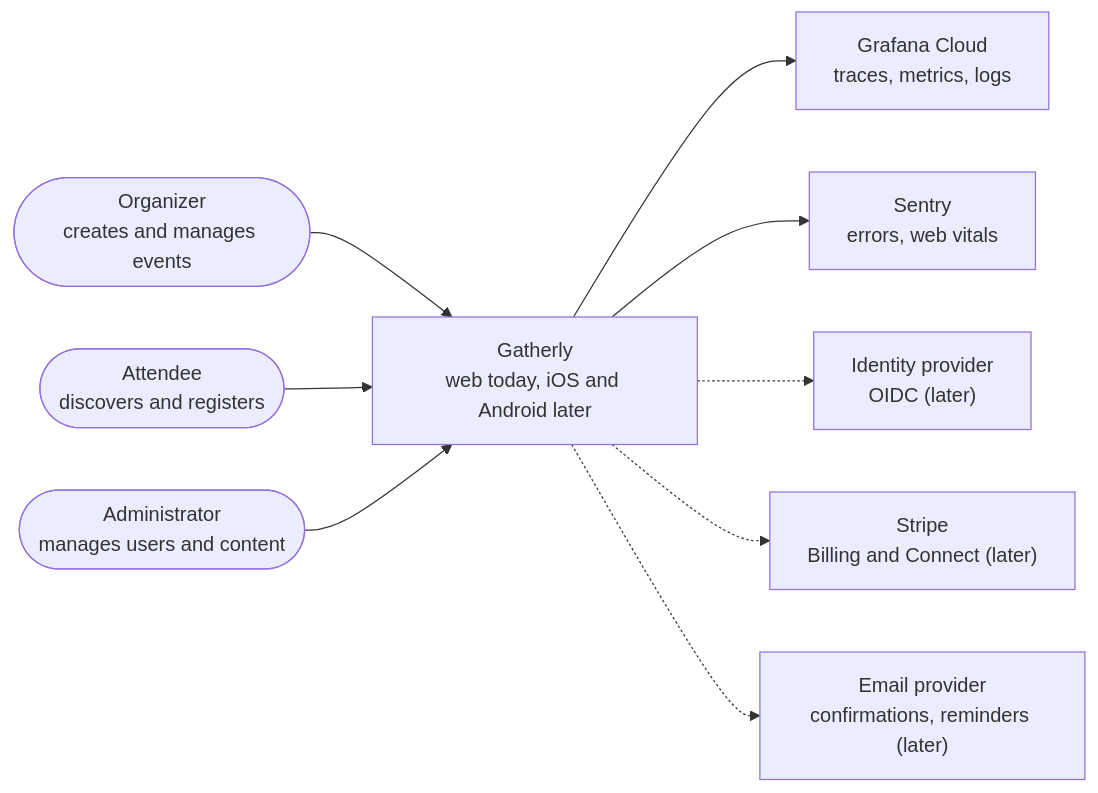
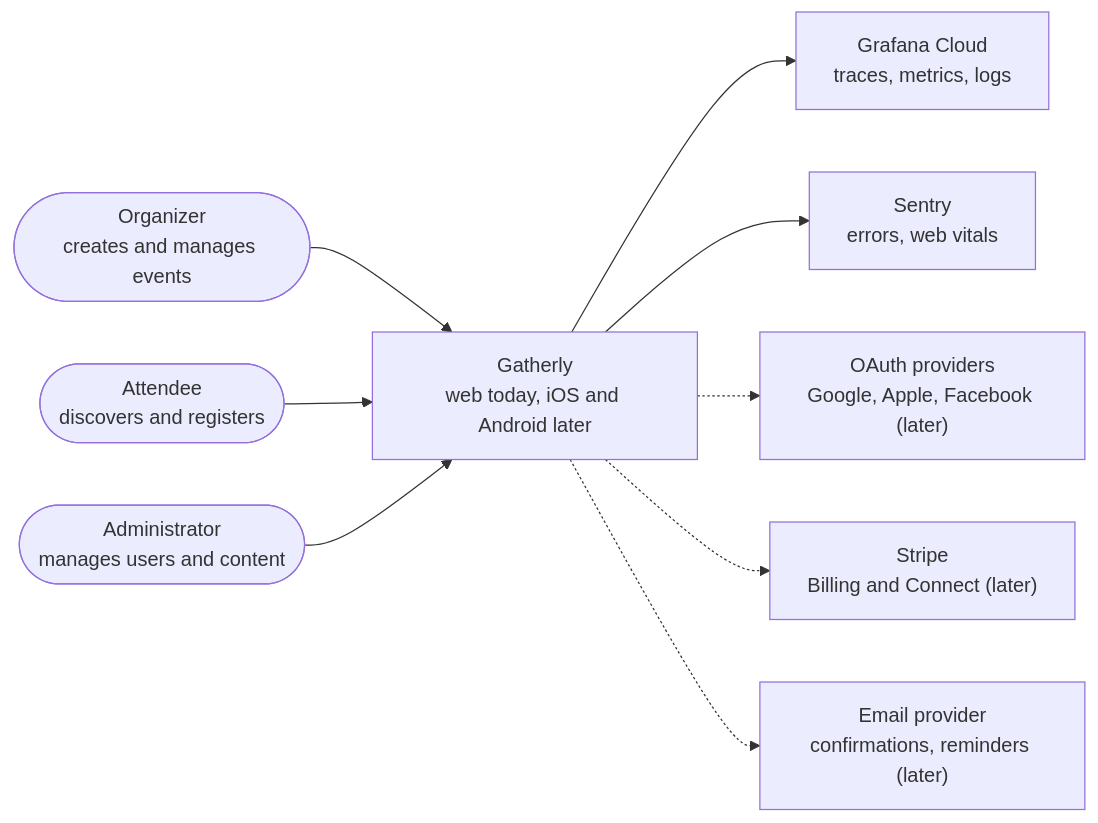
The first of 7 diagrams in docs/architecture.md (khanovico/gatherly), drawn with Mermaid before and after one commit. The commit also changed other lines of this file and 7 other files, not shown here.

````diff
--- a/docs/architecture.md
+++ b/docs/architecture.md
@@ -23,23 +25,23 @@
 ```mermaid
 flowchart LR
   organizer(["Organizer<br/>creates and manages events"])
   attendee(["Attendee<br/>discovers and registers"])
   admin(["Administrator<br/>manages users and content"])
 
   gatherly["Gatherly<br/>web today, iOS and Android later"]
 
   grafana["Grafana Cloud<br/>traces, metrics, logs"]
   sentry["Sentry<br/>errors, web vitals"]
-  idp["Identity provider<br/>OIDC (later)"]
+  idp["OAuth providers<br/>Google, Apple, Facebook (later)"]
   stripe["Stripe<br/>Billing and Connect (later)"]
   email["Email provider<br/>confirmations, reminders (later)"]
 
   organizer --> gatherly
   attendee --> gatherly
   admin --> gatherly
   gatherly --> grafana
   gatherly --> sentry
   gatherly -.-> idp
   gatherly -.-> stripe
   gatherly -.-> email
 ```
````
